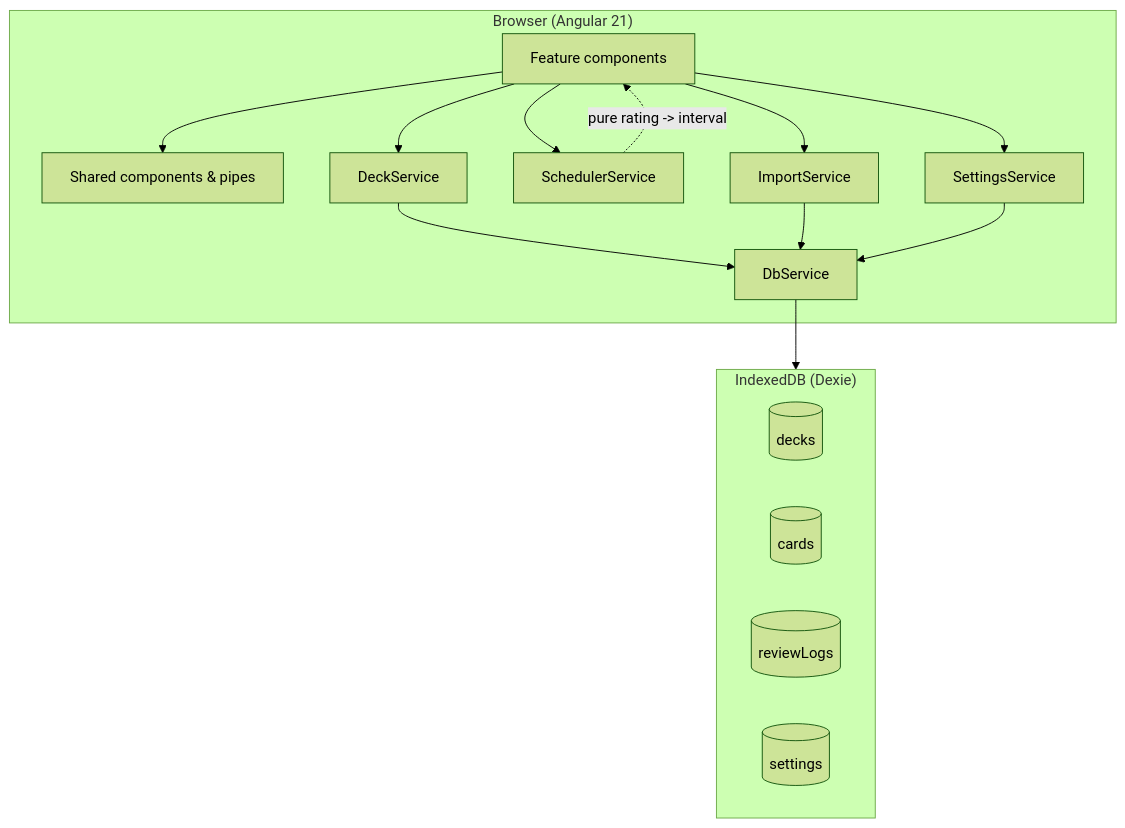
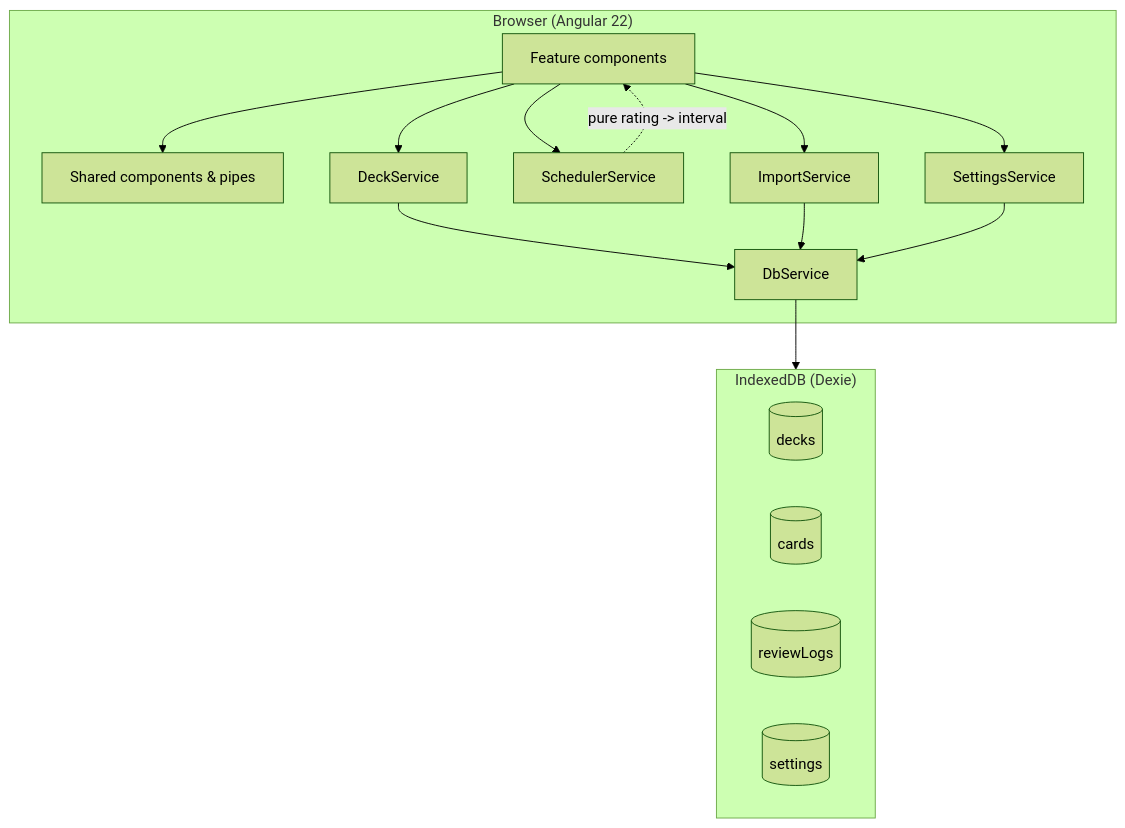
One commit to bernarth/dev-flash changed the first of 2 diagrams in docs/ARCHITECTURE.md. Above: the diagram before and after it, drawn with Mermaid (forest theme). The commit also changed other lines of this file and 12 other files, not shown here.

````diff
--- a/docs/ARCHITECTURE.md
+++ b/docs/ARCHITECTURE.md
@@ -9,28 +9,28 @@
 ```mermaid
 flowchart TB
-  subgraph client["Browser (Angular 21)"]
+  subgraph client["Browser (Angular 22)"]
     UI["Feature components"]
     Shared["Shared components & pipes"]
     DeckSvc["DeckService"]
     Sched["SchedulerService"]
     Import["ImportService"]
     Settings["SettingsService"]
     DB["DbService"]
     UI --> DeckSvc
     UI --> Sched
     UI --> Import
     UI --> Settings
     UI --> Shared
     DeckSvc --> DB
     Import --> DB
     Settings --> DB
     Sched -.->|"pure rating -> interval"| UI
   end
   subgraph storage["IndexedDB (Dexie)"]
     decks[(decks)]
     cards[(cards)]
     reviewLogs[(reviewLogs)]
     settings[(settings)]
   end
   DB --> storage
 ```
````
